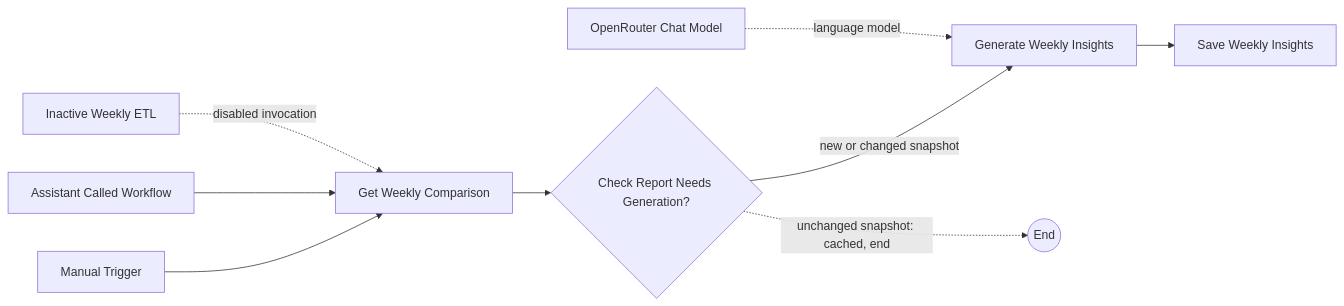
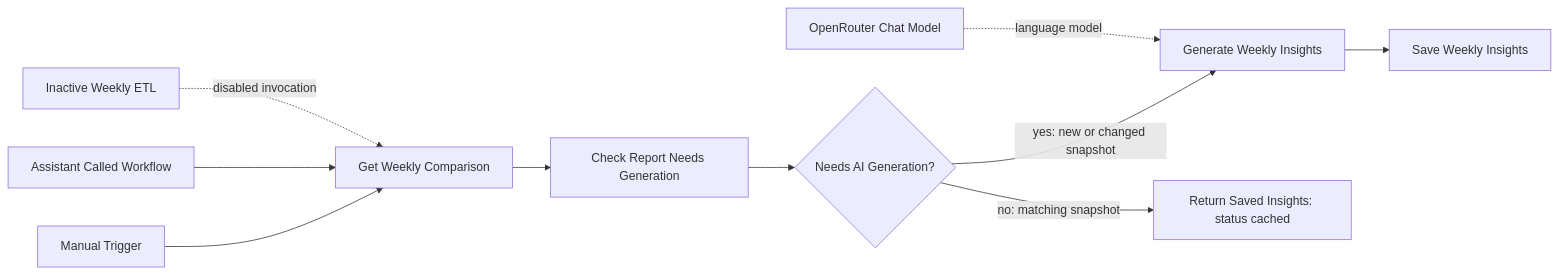
Before and after one commit to cizmeli/ga4-ai-analytics-automation: the diagram in workflows/docs/ga4-weekly-ai-insights.md, drawn with Mermaid. The commit also changed other lines of this file, not shown here.

Commit message:
docs: correct insights cache decision flow

````diff
--- a/workflows/docs/ga4-weekly-ai-insights.md
+++ b/workflows/docs/ga4-weekly-ai-insights.md
@@ -43,11 +45,12 @@
 ```mermaid
 flowchart LR
   M[Manual Trigger] --> Q[Get Weekly Comparison]
   C[Assistant Called Workflow] --> Q
   ETL[Inactive Weekly ETL] -. disabled invocation .-> Q
-  Q --> K{Check Report Needs Generation?}
-  K -->|new or changed snapshot| L[Generate Weekly Insights]
-  K -.->|unchanged snapshot: cached, end| END((End))
+  Q --> K[Check Report Needs Generation]
+  K --> B{Needs AI Generation?}
+  B -->|yes: new or changed snapshot| L[Generate Weekly Insights]
+  L --> S[Save Weekly Insights]
+  B -->|no: matching snapshot| R[Return Saved Insights: status cached]
   O[OpenRouter Chat Model] -. language model .-> L
-  L --> W[Save Weekly Insights]
 ```
````
